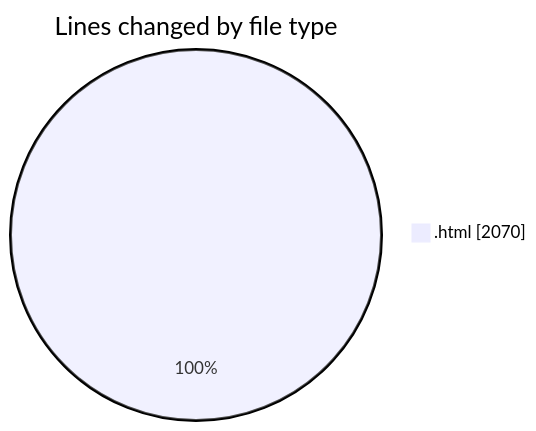
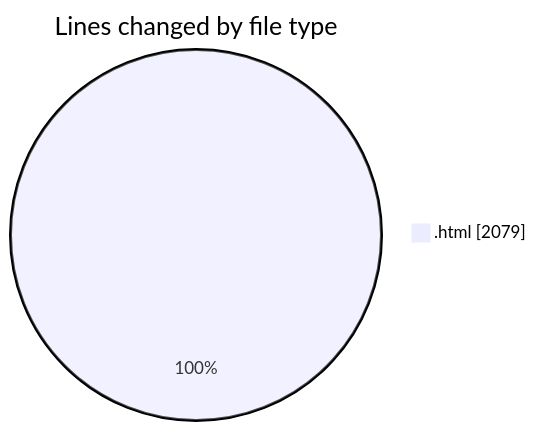
One commit to Ritupan-Deka/code-tracking changed the first of 2 diagrams in 2025-06-17/projects/README.md. Above: the diagram before and after it, drawn with Mermaid. The commit also changed other lines of this file and 1 other file, not shown here.

````diff
--- a/2025-06-17/projects/README.md
+++ b/2025-06-17/projects/README.md
@@ -21,5 +21,5 @@
 ```mermaid
 pie showData
 title Lines changed by file type
-".html" : 2070
+".html" : 2079
 ```
````
